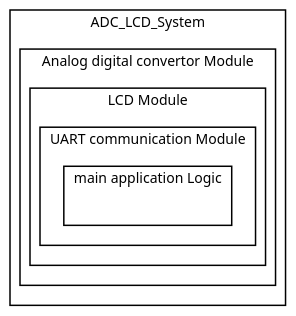
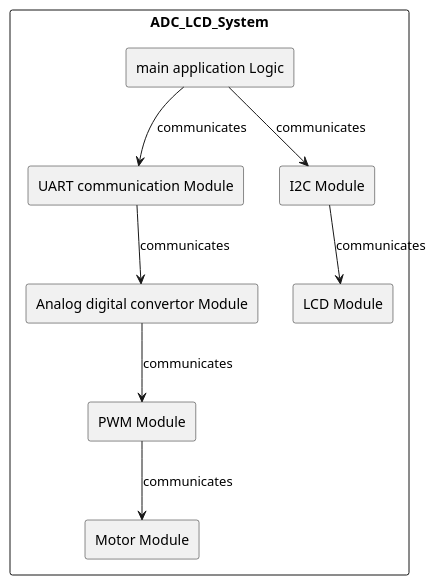
Before and after one commit to ahmedloulou/AC-control-unit: the first of 3 diagrams in project_design_tpl.md, drawn with PlantUML.

````diff
--- a/project_design_tpl.md
+++ b/project_design_tpl.md
@@ -27,11 +27,21 @@
 ```plantuml
 @startuml
 rectangle ADC_LCD_System {
-    rectangle Analog digital convertor Module
-    rectangle LCD Module
-    rectangle UART communication Module
-    rectangle main application Logic
+    rectangle "Analog digital convertor Module"
+    rectangle "LCD Module"
+    rectangle "UART communication Module"
+    rectangle "main application Logic"
+    rectangle "I2C Module"
+    rectangle "Motor Module"
+    rectangle "PWM Module"
+
+    "main application Logic" --> "I2C Module" : communicates
+    "main application Logic" --> "UART communication Module" : communicates
+    "I2C Module" --> "LCD Module" : communicates
+    "UART communication Module" --> "Analog digital convertor Module" : communicates
+    "Analog digital convertor Module" --> "PWM Module" : communicates
+    "PWM Module" --> "Motor Module" : communicates
 }
 @enduml
 
 ```
````
